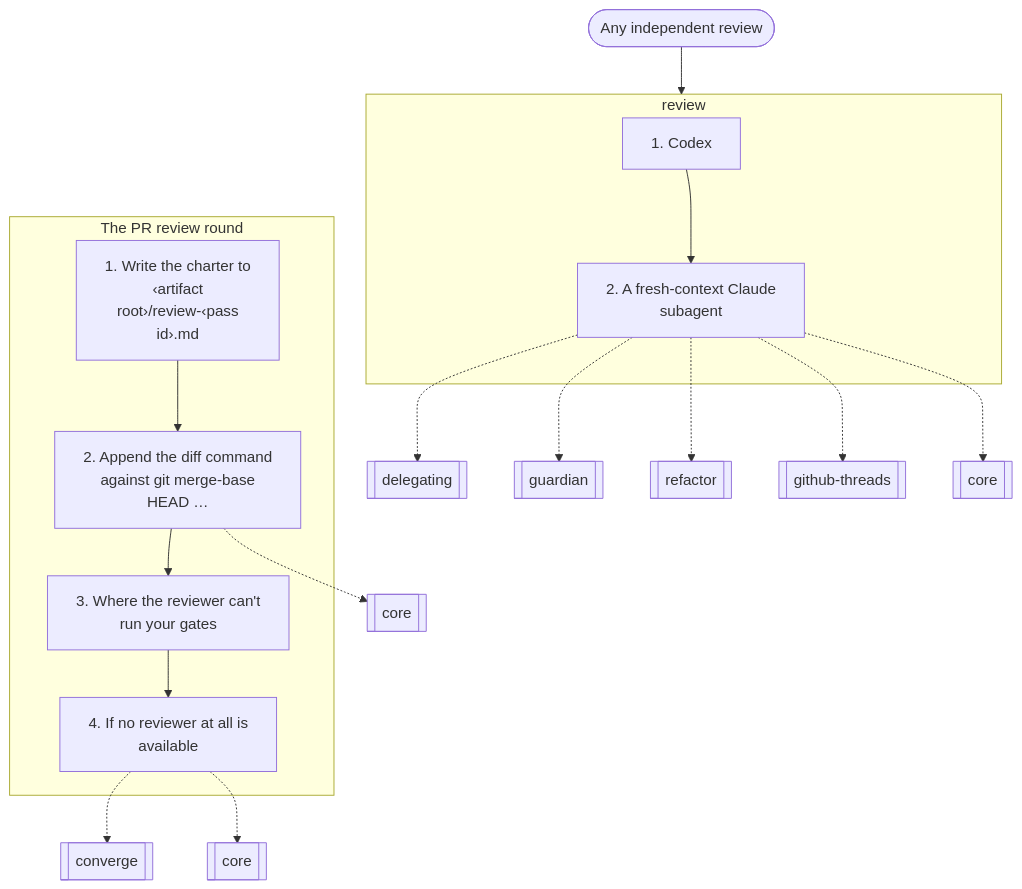
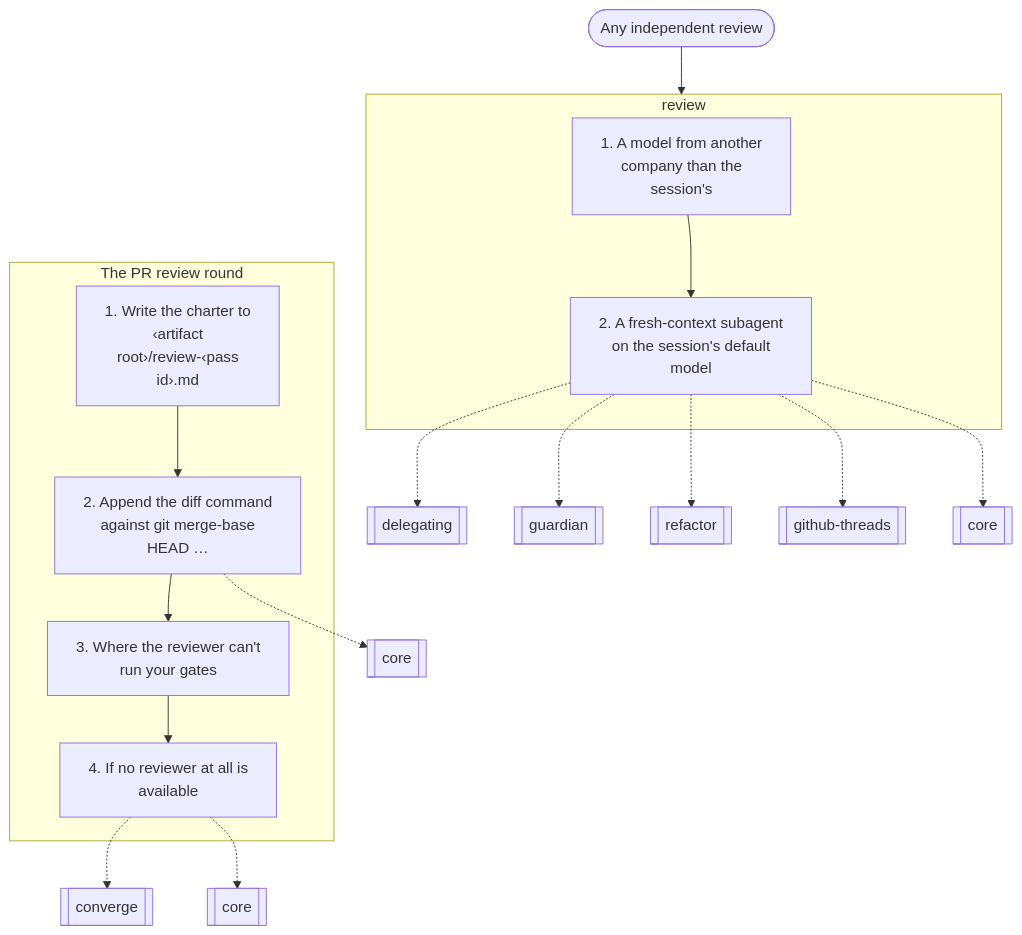
Before and after one commit to nitedani/mergeworthy: diagram 12 of 14 in docs/graphs.md, drawn with Mermaid. The commit also changed other lines of this file and 12 other files, not shown here.

````diff
--- a/docs/graphs.md
+++ b/docs/graphs.md
@@ -314,28 +311,28 @@
 ```mermaid
 flowchart TB
   start(["Any independent review"])
   subgraph g0["review"]
-    s0["1. Codex"]
-    s1["2. A fresh-context Claude<br/>subagent"]
+    s0["1. A model from another<br/>company than the<br/>session's"]
+    s1["2. A fresh-context subagent<br/>on the session's default<br/>model"]
     s0 --> s1
   end
   s1 -.-> r1[["delegating"]]
   s1 -.-> r2[["guardian"]]
   s1 -.-> r3[["refactor"]]
   s1 -.-> r4[["github-threads"]]
   s1 -.-> r5[["core"]]
   subgraph g1["The PR review round"]
     s2["1. Write the charter to<br/>‹artifact<br/>root›/review-‹pass<br/>id›.md"]
     s3["2. Append the diff command<br/>against git merge-base<br/>HEAD …"]
     s2 --> s3
     s4["3. Where the reviewer can't<br/>run your gates"]
     s3 --> s4
     s5["4. If no reviewer at all is<br/>available"]
     s4 --> s5
   end
   s3 -.-> r6[["core"]]
   s5 -.-> r7[["converge"]]
   s5 -.-> r8[["core"]]
   start --> g0
   g0 ~~~ g1
 ```
````
